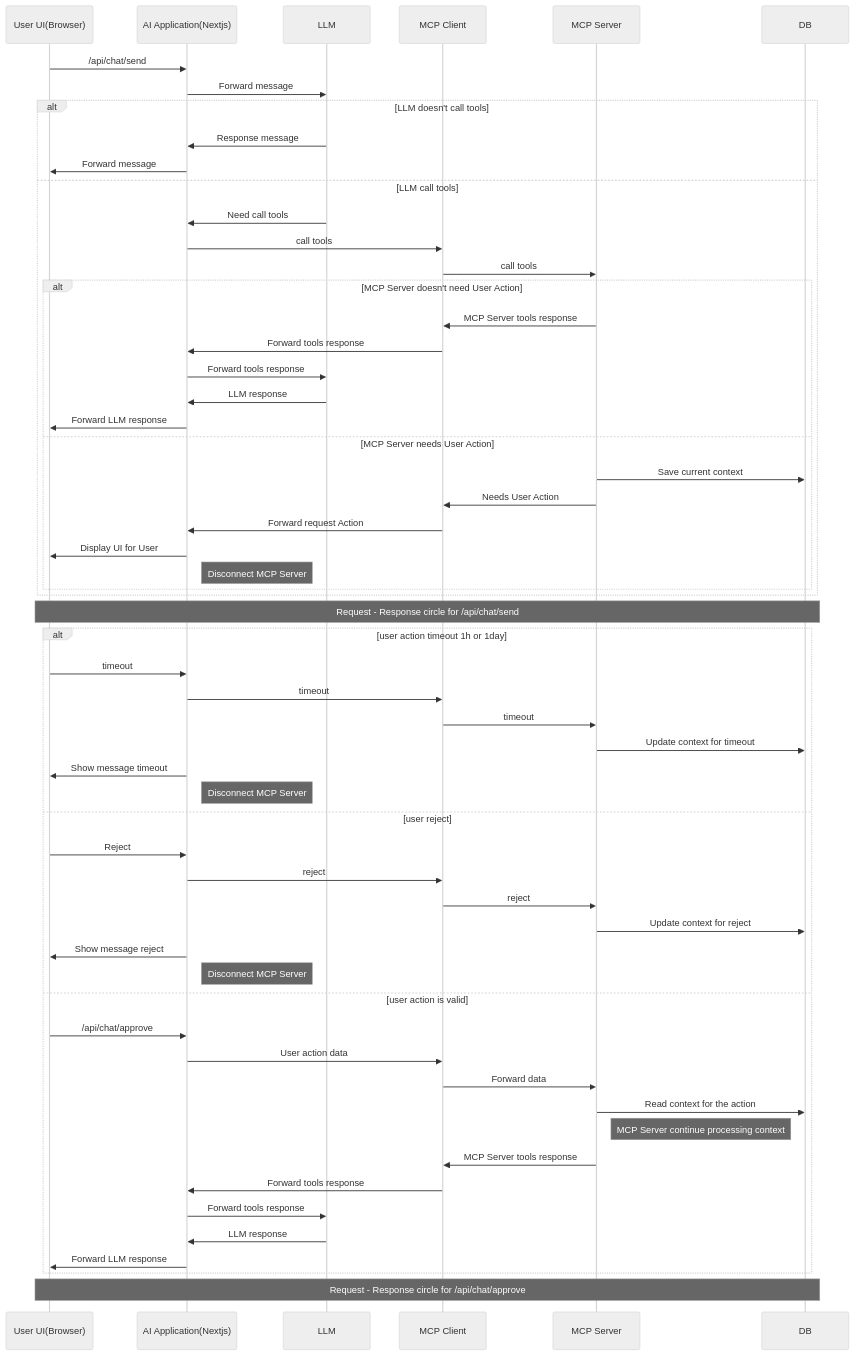
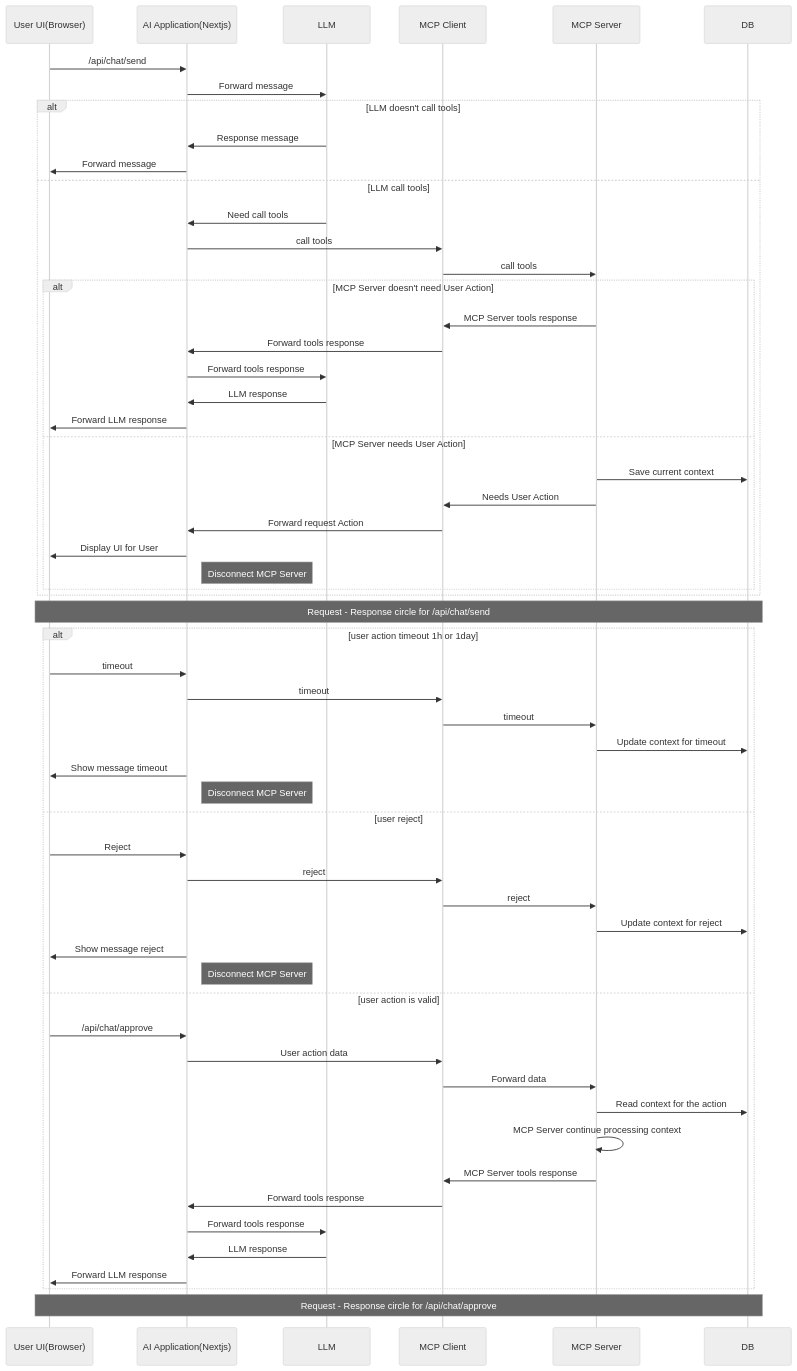
The diagram in README.md (lehung1109/chatbot-groq), drawn with Mermaid (neutral theme) before and after one commit.

Commit message:
Fix README.md sequence diagram by correcting the participant interaction for MCP Server, ensuring accurate representation of internal processing flow.

````diff
--- a/README.md
+++ b/README.md
@@ -57,57 +57,57 @@
 ```mermaid
 sequenceDiagram
     participant User as User UI(Browser)
     participant Application as AI Application(Nextjs)
 
     User->>Application:/api/chat/send
     Application->>LLM:Forward message
     alt LLM doesn't call tools
         LLM->>Application:Response message
         Application->>User:Forward message
     else LLM call tools
         LLM->>Application:Need call tools
         Application->>MCP Client:call tools
         MCP Client->>MCP Server: call tools
         alt MCP Server doesn't need User Action
             MCP Server->>MCP Client:MCP Server tools response
             MCP Client->>Application:Forward tools response
             Application->>LLM:Forward tools response
             LLM->>Application:LLM response
             Application->>User:Forward LLM response
         else MCP Server needs User Action
             MCP Server->>DB:Save current context
             MCP Server->>MCP Client:Needs User Action
             MCP Client->>Application:Forward request Action
             Application->>User:Display UI for User
             Note right of Application:Disconnect MCP Server
         end
     end
     Note over User,DB: Request - Response circle for /api/chat/send
     alt user action timeout 1h or 1day
         User->>Application:timeout
         Application->>MCP Client:timeout
         MCP Client->>MCP Server:timeout
         MCP Server->>DB:Update context for timeout
         Application->>User:Show message timeout
         Note right of Application:Disconnect MCP Server
     else user reject
         User->>Application:Reject
         Application->>MCP Client:reject
         MCP Client->>MCP Server:reject
         MCP Server->>DB:Update context for reject
         Application->>User:Show message reject
         Note right of Application:Disconnect MCP Server
     else user action is valid
         User->>Application:/api/chat/approve
         Application->>MCP Client:User action data
         MCP Client->>MCP Server:Forward data
         MCP Server->>DB:Read context for the action
-        Note right of MCP Server:MCP Server continue processing context
+        MCP Server->>MCP Server:MCP Server continue processing context
         MCP Server->>MCP Client:MCP Server tools response
         MCP Client->>Application:Forward tools response
         Application->>LLM:Forward tools response
         LLM->>Application:LLM response
         Application->>User:Forward LLM response
     end
     Note over User,DB: Request - Response circle for /api/chat/approve
 ```
````
